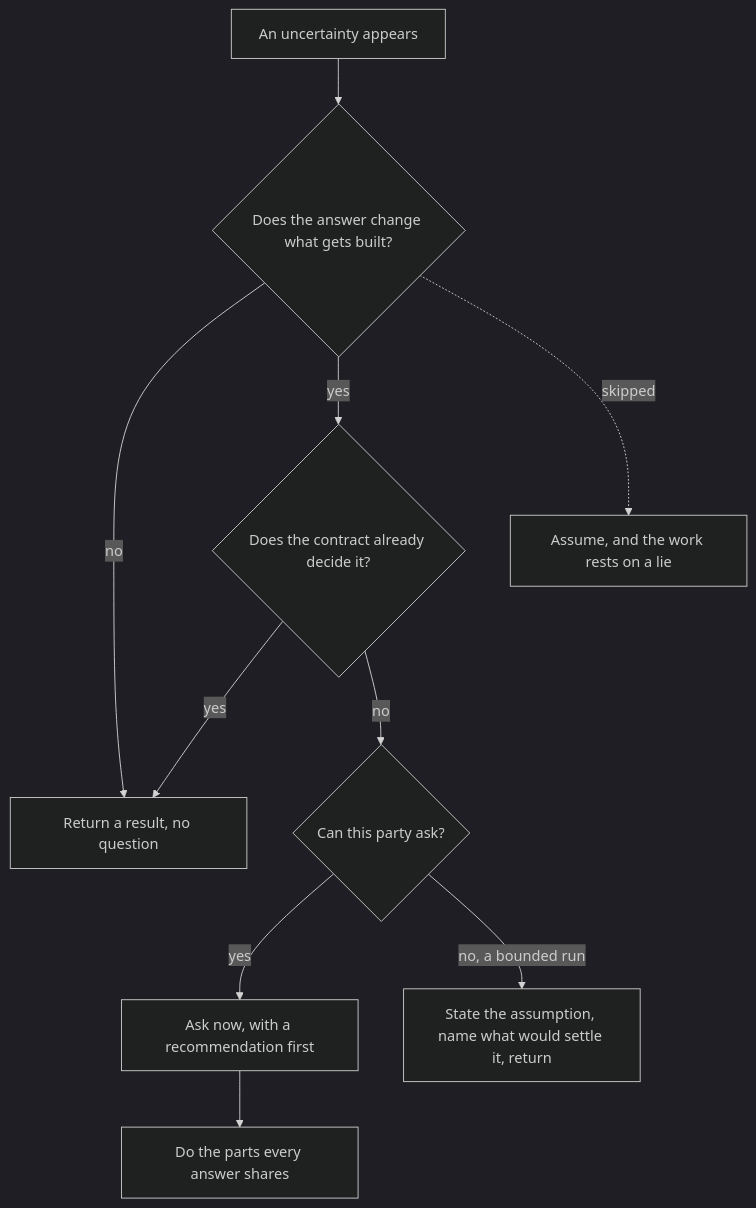
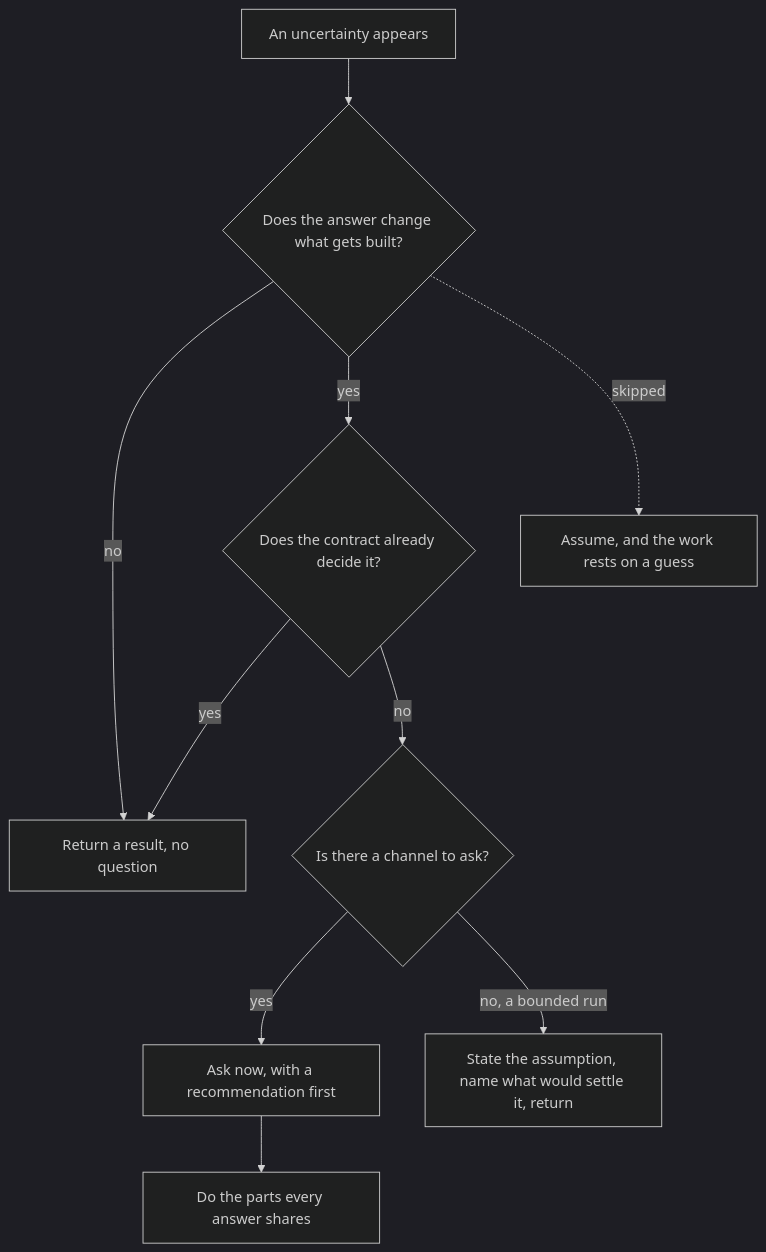
One commit to Varietyz/Disciplined-AI-Software-Development changed the fifth of 6 diagrams in PLAN.md. Above: the diagram before and after it, drawn with Mermaid (dark theme). The commit also changed other lines of this file and 25 other files, not shown here.

````diff
--- a/PLAN.md
+++ b/PLAN.md
@@ -257,20 +245,20 @@
 ```mermaid
 flowchart TB
 appears["An uncertainty appears"]
 changes{"Does the answer change what gets built?"}
 contract{"Does the contract already decide it?"}
-seat{"Can this party ask?"}
+seat{"Is there a channel to ask?"}
 ask["Ask now, with a recommendation first"]
 state["State the assumption, name what would settle it, return"]
 shared["Do the parts every answer shares"]
 proceed["Return a result, no question"]
-assume["Assume, and the work rests on a lie"]
+assume["Assume, and the work rests on a guess"]
 appears --> changes
 changes -- no --> proceed
 changes -- yes --> contract
 contract -- yes --> proceed
 contract -- no --> seat
 seat -- yes --> ask --> shared
 seat -- no, a bounded run --> state
 changes -. skipped .-> assume
 ```
````
